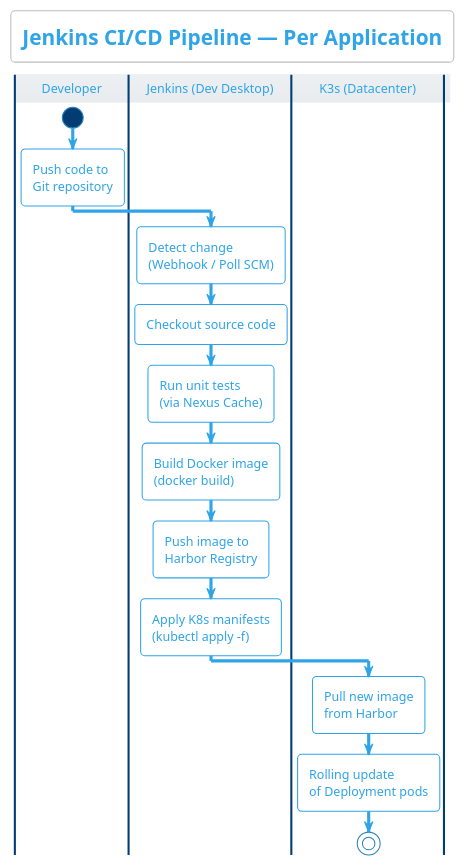
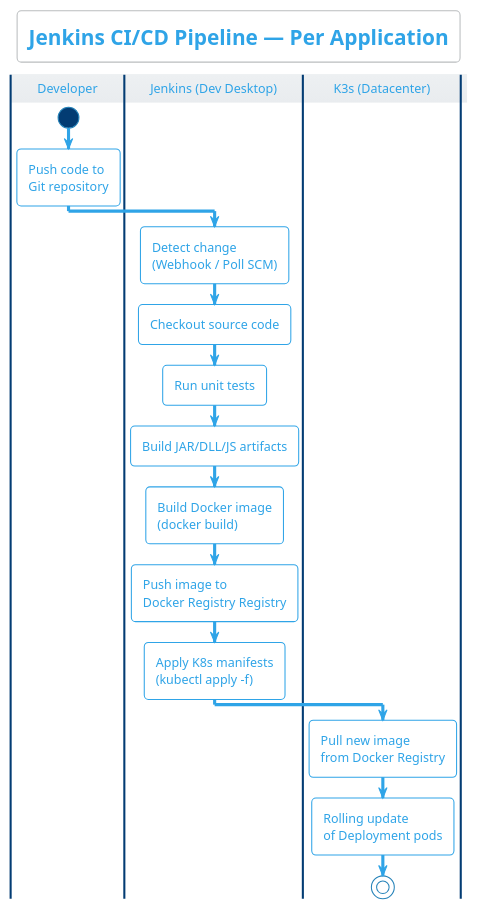
The sixth of 7 diagrams in docs/component-deep-dive.md (OnesDevOps/devops-training-lab), drawn with PlantUML before and after one commit. The commit also changed other lines of this file and 26 other files, not shown here.

````diff
--- a/docs/component-deep-dive.md
+++ b/docs/component-deep-dive.md
@@ -451,25 +454,26 @@
 ```plantuml
 @startuml jenkins_pipeline
 !theme cerulean-outline
 
 title Jenkins CI/CD Pipeline — Per Application
 
 |Developer|
 start
 :Push code to\nGit repository;
 
 |Jenkins (Dev Desktop)|
 :Detect change\n(Webhook / Poll SCM);
 :Checkout source code;
-:Run unit tests\n(via Nexus Cache);
+:Run unit tests;
+:Build JAR/DLL/JS artifacts;
 :Build Docker image\n(docker build);
-:Push image to\nHarbor Registry;
+:Push image to\nDocker Registry Registry;
 :Apply K8s manifests\n(kubectl apply -f);
 
 |K3s (Datacenter)|
-:Pull new image\nfrom Harbor;
+:Pull new image\nfrom Docker Registry;
 :Rolling update\nof Deployment pods;
 stop
 
 @enduml
 ```
````
